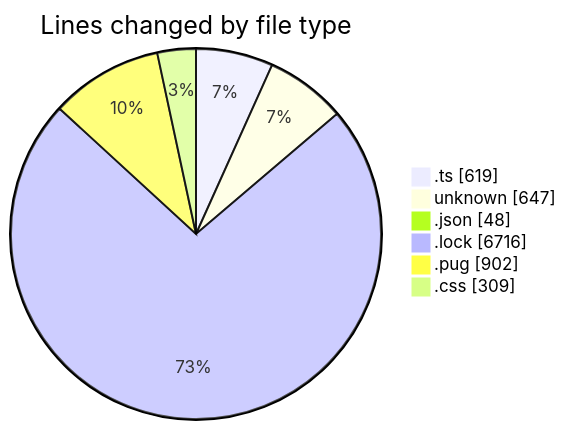
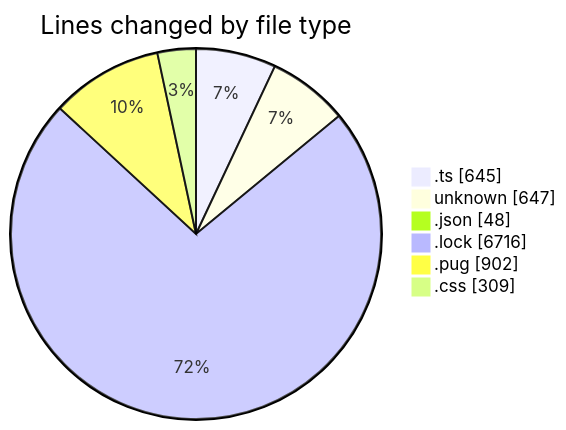
One commit to momahboobian/code-tracking changed the first of 2 diagrams in 2026-05-22/cda/README.md. Above: the diagram before and after it, drawn with Mermaid. The commit also changed other lines of this file and 1 other file, not shown here.

````diff
--- a/2026-05-22/cda/README.md
+++ b/2026-05-22/cda/README.md
@@ -33,10 +33,10 @@
 ```mermaid
 pie showData
 title Lines changed by file type
-".ts" : 619
+".ts" : 645
 "unknown" : 647
 ".json" : 48
 ".lock" : 6716
 ".pug" : 902
 ".css" : 309
 ```
````
